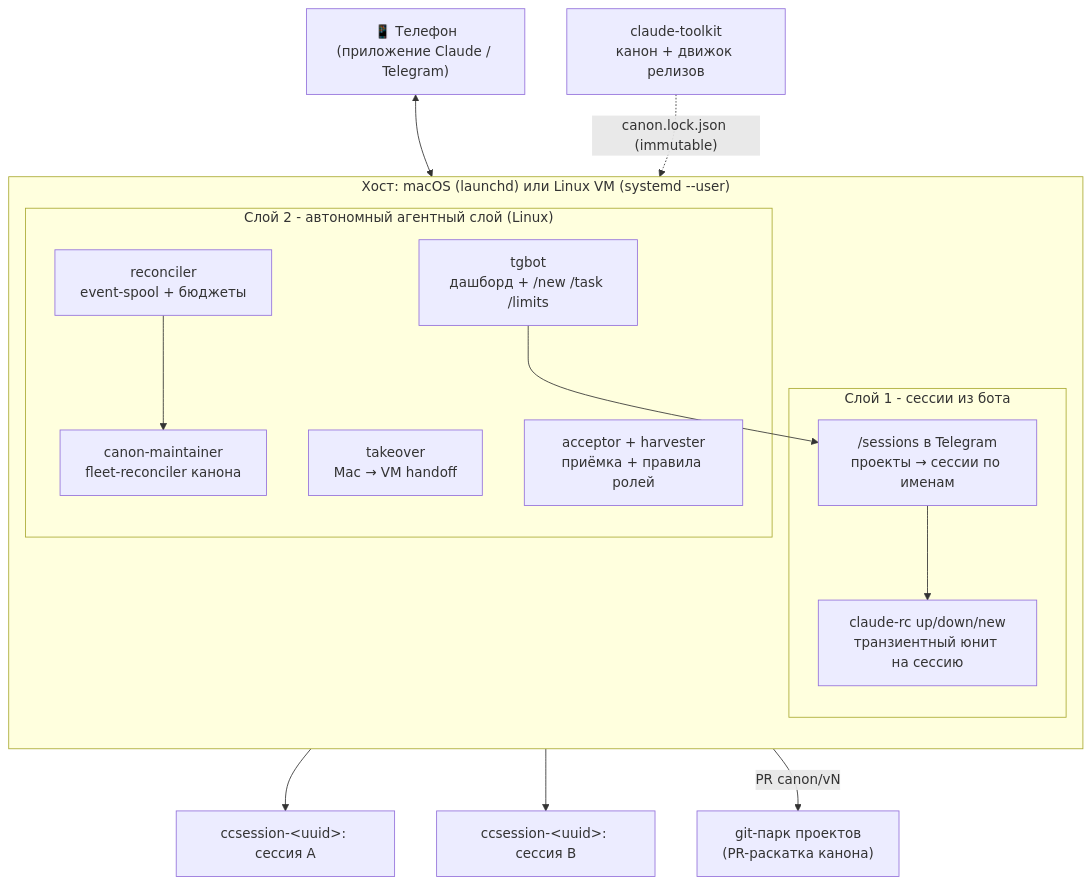
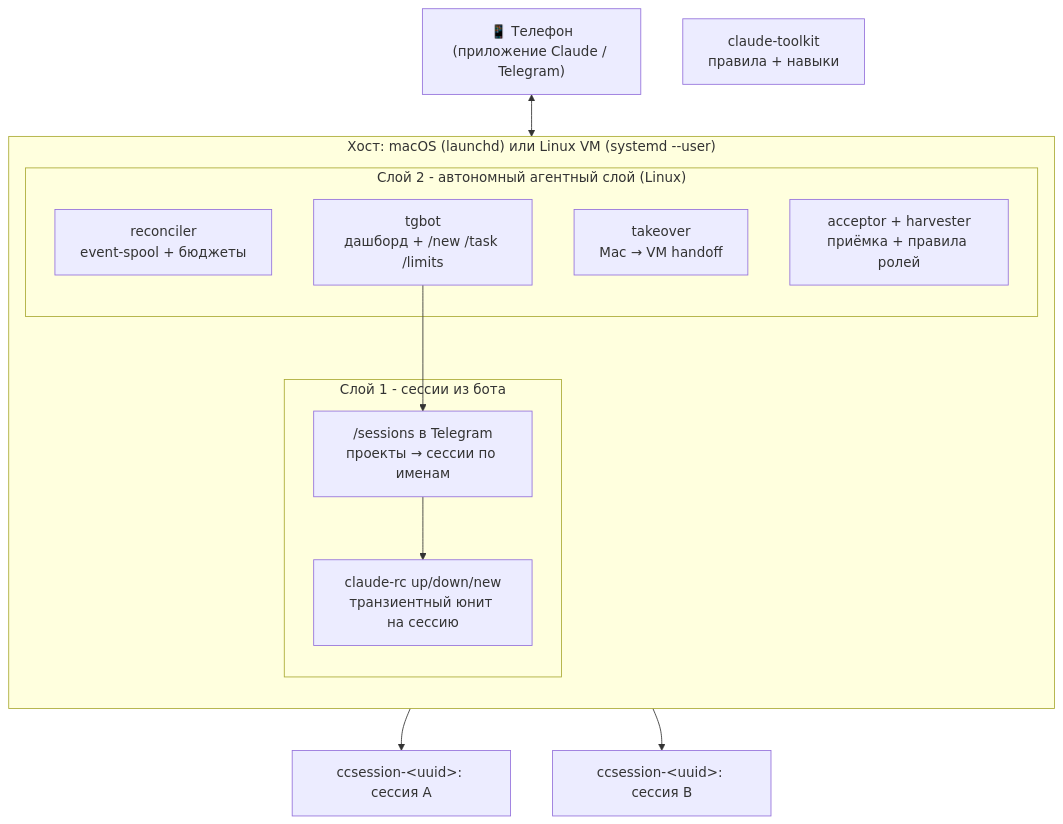
The diagram in README.md (dewil/ai-control), drawn with Mermaid before and after one commit. The commit also changed other lines of this file and 20 other files, not shown here.

````diff
--- a/README.md
+++ b/README.md
@@ -21,31 +21,26 @@
 ```mermaid
 flowchart TB
     phone["📱 Телефон<br/>(приложение Claude / Telegram)"]
 
     subgraph host["Хост: macOS (launchd) или Linux VM (systemd --user)"]
       direction TB
       subgraph L1["Слой 1 - сессии из бота"]
         menu["/sessions в Telegram<br/>проекты → сессии по именам"]
         rc["claude-rc up/down/new<br/>транзиентный юнит на сессию"]
         menu --> rc
       end
       subgraph L2["Слой 2 - автономный агентный слой (Linux)"]
         recon["reconciler<br/>event-spool + бюджеты"]
         tgbot["tgbot<br/>дашборд + /new /task /limits"]
-        canon["canon-maintainer<br/>fleet-reconciler канона"]
         takeover["takeover<br/>Mac → VM handoff"]
         harvest["acceptor + harvester<br/>приёмка + правила ролей"]
       end
     end
 
-    toolkit["claude-toolkit<br/>канон + движок релизов"]
-    fleet["git-парк проектов<br/>(PR-раскатка канона)"]
+    toolkit["claude-toolkit<br/>правила + навыки"]
 
     phone <--> tgbot
     tgbot --> menu
     rc --> projA["ccsession-&lt;uuid&gt;: сессия A"]
     rc --> projB["ccsession-&lt;uuid&gt;: сессия B"]
-    toolkit -. "canon.lock.json (immutable)" .-> canon
-    canon -- "PR canon/vN" --> fleet
-    recon --> canon
 ```
````
